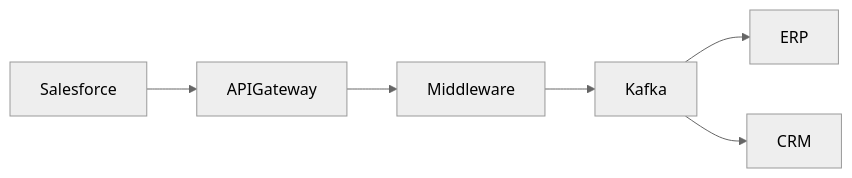
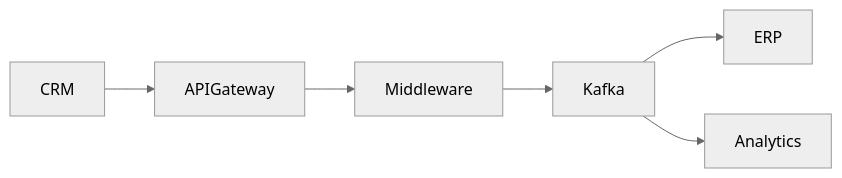
The diagram in agents/integration-architect.md (vimartins7/architecture-workbench), drawn with Mermaid (neutral theme) before and after one commit. The commit also changed other lines of this file and 3 other files, not shown here.

````diff
--- a/agents/integration-architect.md
+++ b/agents/integration-architect.md
@@ -311,8 +565,8 @@
 ```mermaid
 flowchart LR
-    Salesforce --> APIGateway
+    CRM --> APIGateway
     APIGateway --> Middleware
     Middleware --> Kafka
     Kafka --> ERP
-    Kafka --> CRM
+    Kafka --> Analytics
 ```
````
